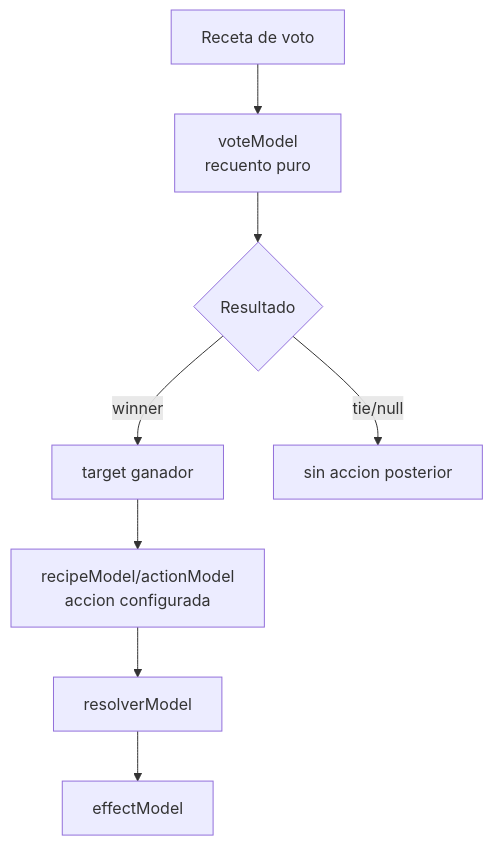
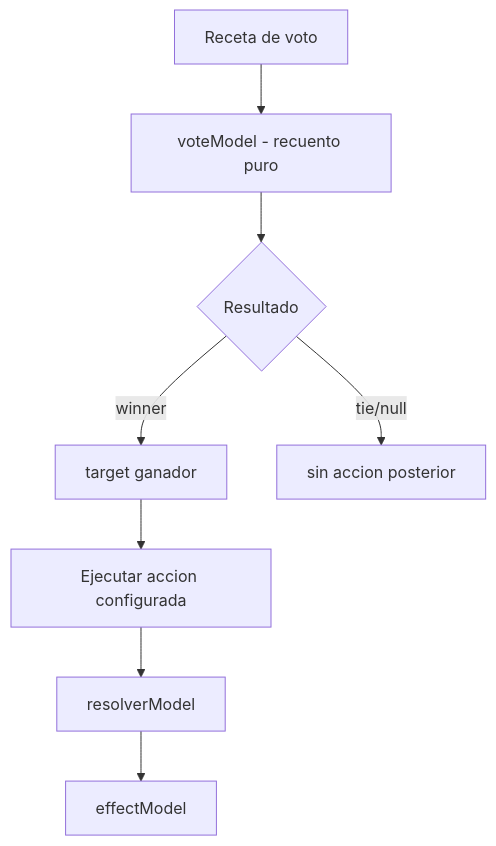
The tenth of 12 diagrams in docs/engine_flow_map.md (juanramonmorandeira/castronegro-director), drawn with Mermaid before and after one commit. The commit also changed other lines of this file and 29 other files, not shown here.

````diff
--- a/docs/engine_flow_map.md
+++ b/docs/engine_flow_map.md
@@ -391,10 +444,10 @@
 ```mermaid
 flowchart TD
-  A[Receta de voto] --> B[voteModel<br/>recuento puro]
+  A[Receta de voto] --> B[voteModel - recuento puro]
   B --> C{Resultado}
   C -->|winner| D[target ganador]
   C -->|tie/null| E[sin accion posterior]
-  D --> F[recipeModel/actionModel<br/>accion configurada]
+  D --> F[Ejecutar accion configurada]
   F --> G[resolverModel]
   G --> H[effectModel]
 ```
````
